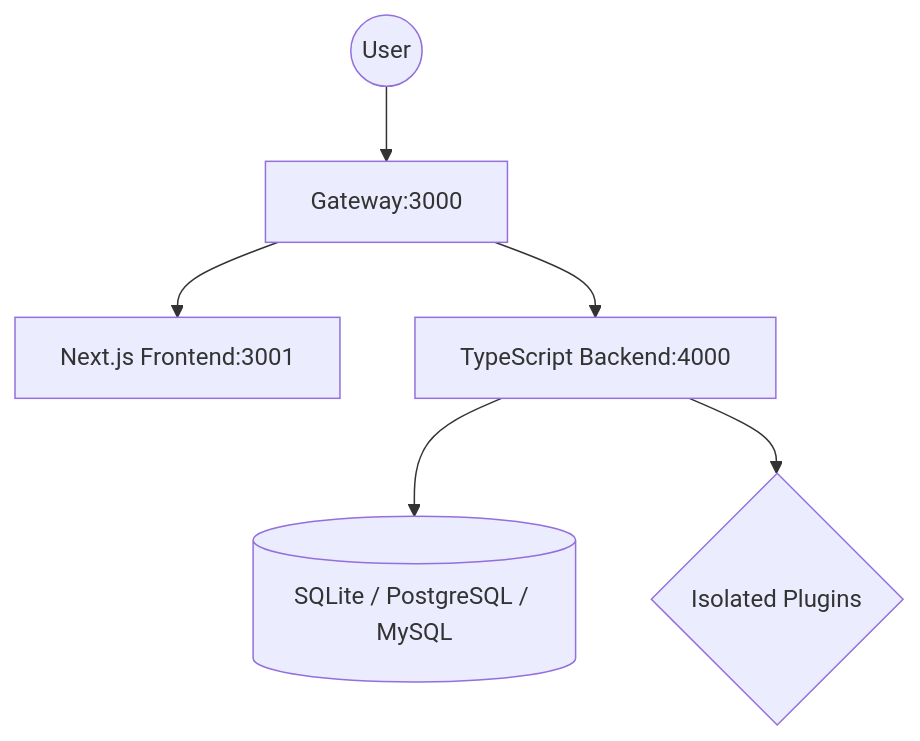
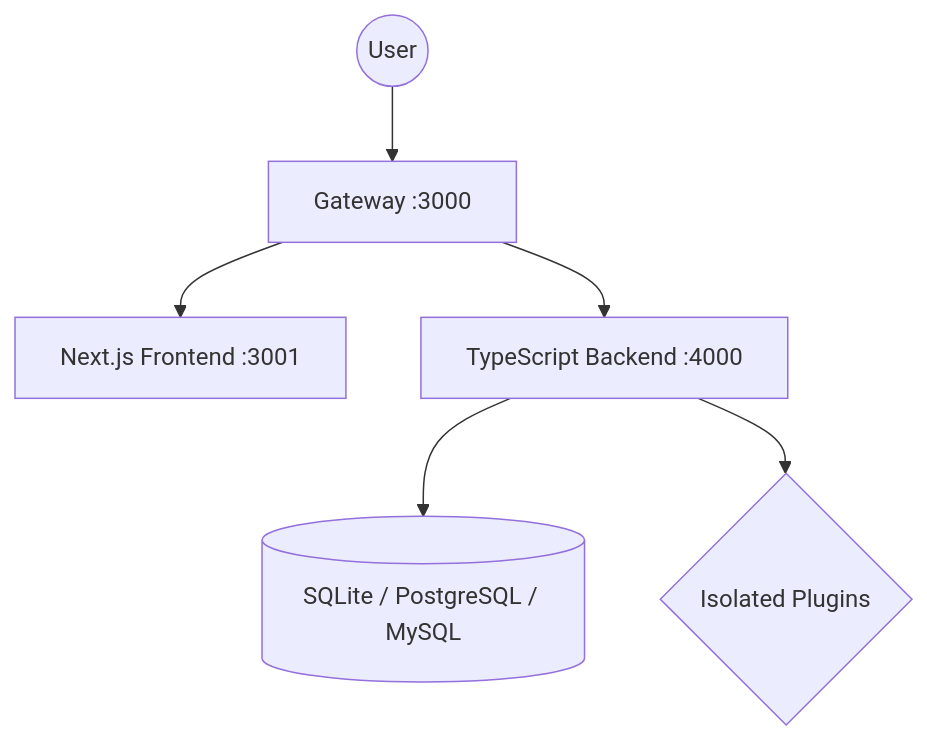
Before and after one commit to jaimemartinez/wordjs: the diagram in README.md, drawn with Mermaid. The commit also changed other lines of this file and 28 other files, not shown here.

````diff
--- a/README.md
+++ b/README.md
@@ -238,8 +166,8 @@
 ```mermaid
 graph TD
-    User((User)) --> Gateway[Gateway:3000]
-    Gateway --> Frontend[Next.js Frontend:3001]
-    Gateway --> Backend[TypeScript Backend:4000]
+    User((User)) --> Gateway[Gateway :3000]
+    Gateway --> Frontend[Next.js Frontend :3001]
+    Gateway --> Backend[TypeScript Backend :4000]
     Backend --> DB[(SQLite / PostgreSQL / MySQL)]
     Backend --> Plugins{Isolated Plugins}
 ```
````
